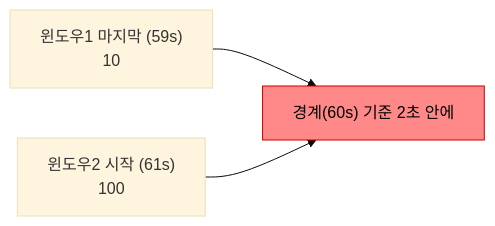
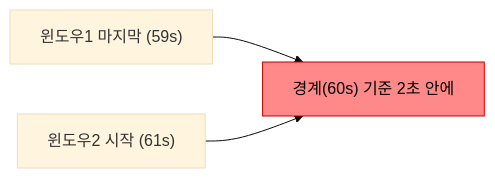
One commit to yjkim2015/yjkim2015.github.io changed the fourth of 13 diagrams in _posts/spring/2026-05-01-rate-limiting.md. Above: the diagram before and after it, drawn with Mermaid (base theme). The commit also changed other lines of this file and 217 other files, not shown here.

First line of the commit message:
Mermaid 크기 수정: useMaxWidth:true + SVG max-width:100% + 라벨 축소

````diff
--- a/_posts/spring/2026-05-01-rate-limiting.md
+++ b/_posts/spring/2026-05-01-rate-limiting.md
@@ -84,7 +84,7 @@
 ```mermaid
 graph LR
-    W1["윈도우1 마지막 (59s)\n10"]
-    W2["윈도우2 시작 (61s)\n100"]
-    W1 & W2 --> BURST["경계(60s) 기준 2초 안에\n"]
+    W1["윈도우1 마지막 (59s)"]
+    W2["윈도우2 시작 (61s)"]
+    W1 & W2 --> BURST["경계(60s) 기준 2초 안에"]
     style BURST fill:#f88,stroke:#c00,color:#000
 ```
````
